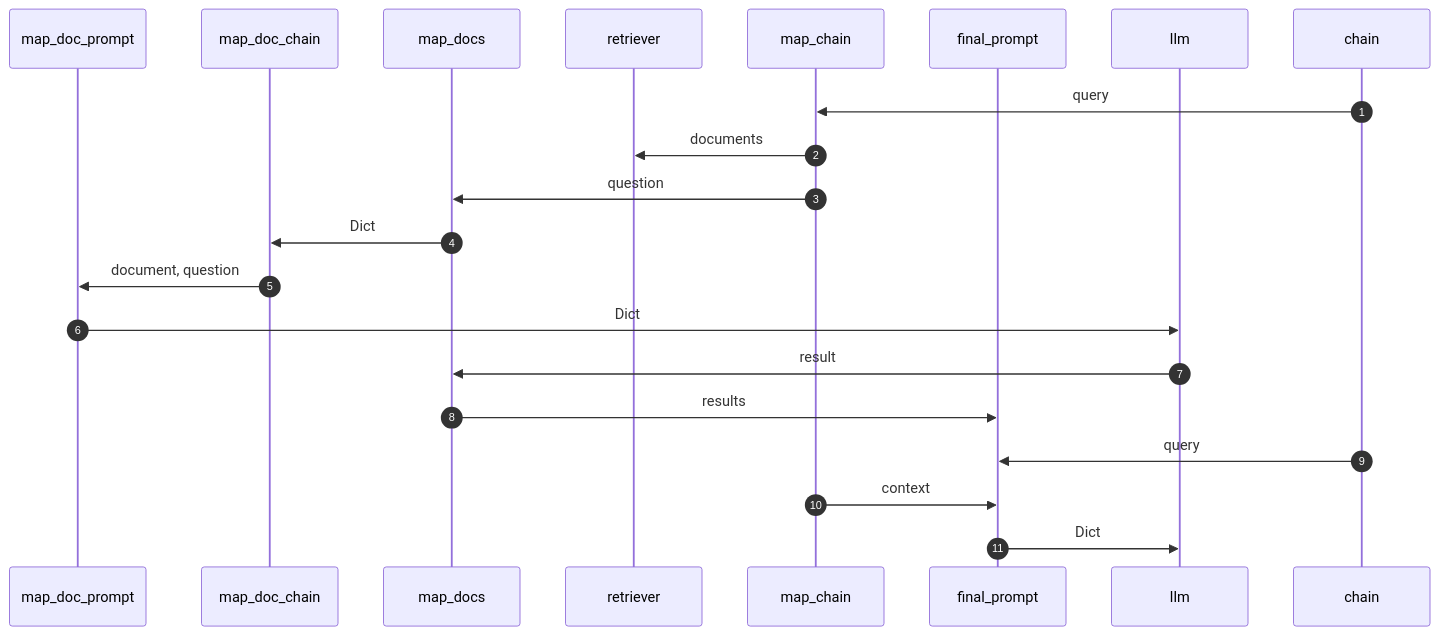
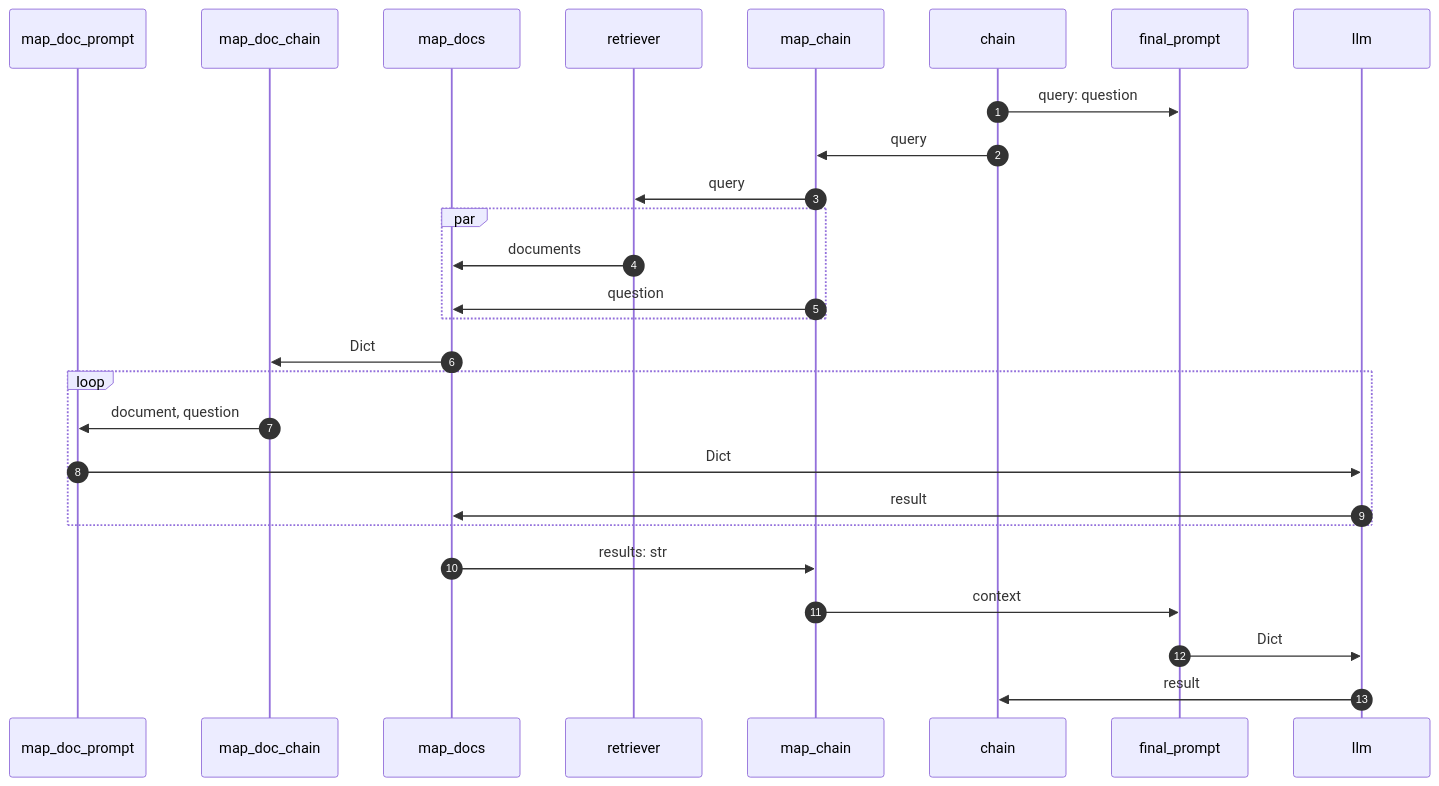
One commit to jongphago/full_stack_gpt changed the second of 2 diagrams in diagram.qmd. Above: the diagram before and after it, drawn with Mermaid.

Commit message:
fix(diagram.qmd): (6.9) Change mermaid diagram about Map reduce LCEL chain

````diff
--- a/diagram.qmd
+++ b/diagram.qmd
@@ -67,23 +67,29 @@
 ```{mermaid}
     sequenceDiagram
         autonumber
         participant map_doc_prompt
         participant map_doc_chain
         participant map_docs
         participant retriever
         participant map_chain
+        participant chain
         participant final_prompt
         participant llm
-        participant chain
+        chain ->> final_prompt: query: question
         chain ->> map_chain: query
-        map_chain ->> retriever: documents
-        map_chain ->> map_docs: question
+        map_chain ->> retriever: query
+        par
+            retriever ->> map_docs: documents
+            map_chain ->> map_docs: question
+        end
         map_docs ->> map_doc_chain: Dict
-        map_doc_chain ->> map_doc_prompt: document, question
-        map_doc_prompt ->> llm: Dict
-        llm ->> map_docs: result
-        map_docs ->> final_prompt: results
-        chain ->> final_prompt: query
+        loop
+            map_doc_chain ->> map_doc_prompt: document, question
+            map_doc_prompt ->> llm: Dict
+            llm ->> map_docs: result
+        end
+        map_docs ->> map_chain: results: str
         map_chain ->> final_prompt: context
         final_prompt ->> llm: Dict
+        llm ->> chain: result
 ```
````
